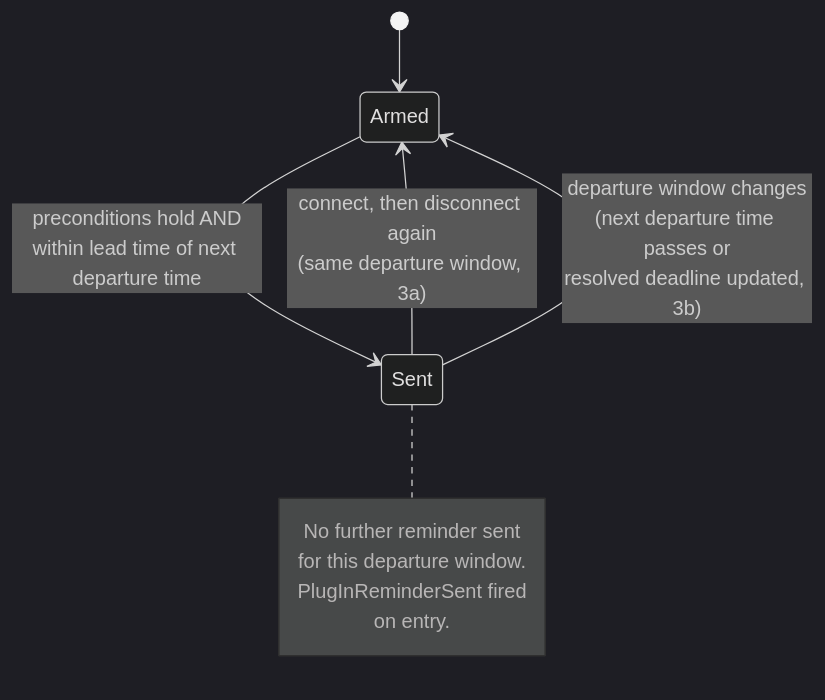
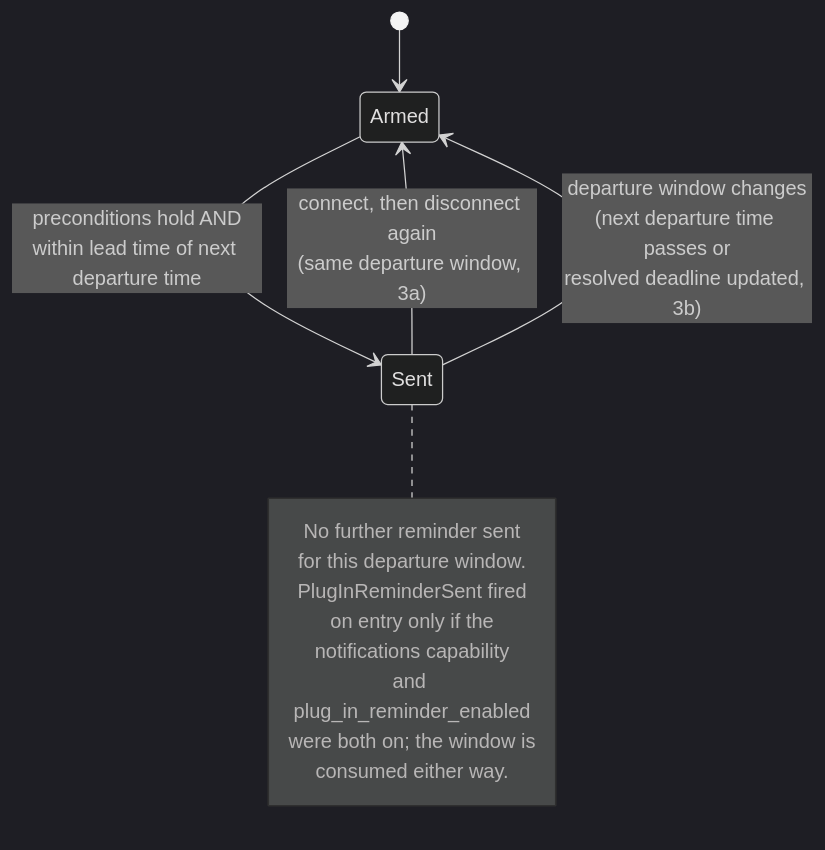
One commit to kristofdegrave/homeassistant-smart-charging changed the diagram in docs/analysis/use-cases/UC10-remind-to-plug-in.md. Above: the diagram before and after it, drawn with Mermaid (dark theme). The commit also changed other lines of this file and 1 other file, not shown here.

````diff
--- a/docs/analysis/use-cases/UC10-remind-to-plug-in.md
+++ b/docs/analysis/use-cases/UC10-remind-to-plug-in.md
@@ -87,13 +96,17 @@
 ```mermaid
 stateDiagram-v2
     [*] --> Armed
     Armed --> Sent: preconditions hold AND<br/>within lead time of next departure time
     Sent --> Armed: connect, then disconnect again<br/>(same departure window, 3a)
     Sent --> Armed: departure window changes<br/>(next departure time passes or<br/>resolved deadline updated, 3b)
     note right of Sent
         No further reminder sent
         for this departure window.
         PlugInReminderSent fired
-        on entry.
+        on entry only if the
+        notifications capability
+        and plug_in_reminder_enabled
+        were both on; the window is
+        consumed either way.
     end note
 ```
````
